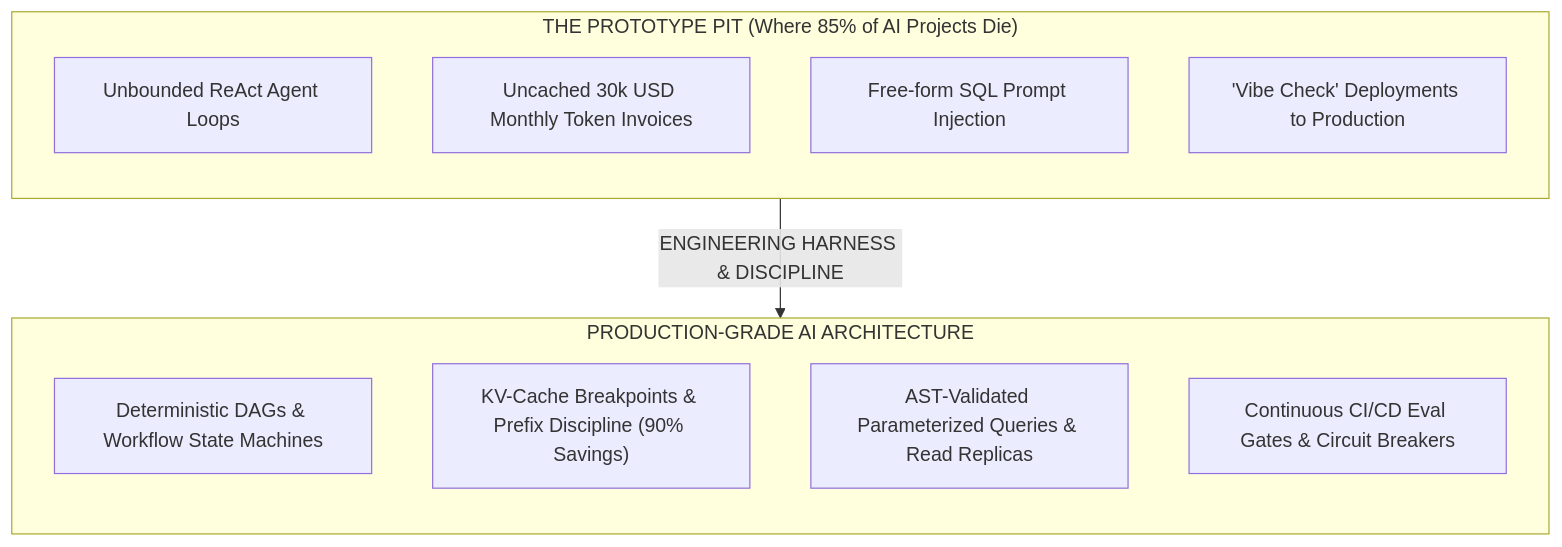
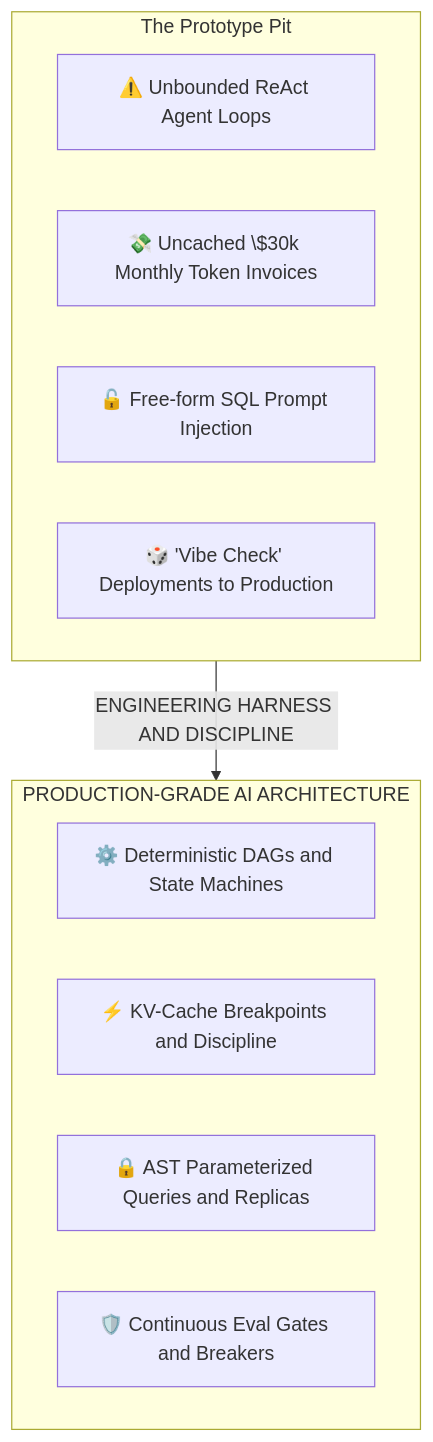
The first of 15 diagrams in resources/beginner-mistakes-cheatsheet.md (dip4k/senior-engineer-to-ai-engineer-roadmap), drawn with Mermaid before and after one commit. The commit also changed other lines of this file and 94 other files, not shown here.

Commit message:
refactor(curriculum): complete Phase 04 upgrade and enforce diagram renderer invariants

````diff
--- a/resources/beginner-mistakes-cheatsheet.md
+++ b/resources/beginner-mistakes-cheatsheet.md
@@ -7,20 +7,18 @@
 ```mermaid
 flowchart TD
-    subgraph PrototypePit["THE PROTOTYPE PIT (Where 85% of AI Projects Die)"]
-        direction TB
-        P1["Unbounded ReAct Agent Loops"]
-        P2["Uncached 30k USD Monthly Token Invoices"]
-        P3["Free-form SQL Prompt Injection"]
-        P4["'Vibe Check' Deployments to Production"]
+    subgraph PrototypePit["The Prototype Pit"]
+        P1["⚠️ Unbounded ReAct Agent Loops"]
+        P2["💸 Uncached \$30k Monthly Token Invoices"]
+        P3["🔓 Free-form SQL Prompt Injection"]
+        P4["🎲 'Vibe Check' Deployments to Production"]
     end
 
-    PrototypePit -- "ENGINEERING HARNESS & DISCIPLINE" --> ProdReady
+    PrototypePit -- "ENGINEERING HARNESS AND DISCIPLINE" --> ProdReady
 
     subgraph ProdReady["PRODUCTION-GRADE AI ARCHITECTURE"]
-        direction TB
-        R1["Deterministic DAGs & Workflow State Machines"]
-        R2["KV-Cache Breakpoints & Prefix Discipline (90% Savings)"]
-        R3["AST-Validated Parameterized Queries & Read Replicas"]
-        R4["Continuous CI/CD Eval Gates & Circuit Breakers"]
+        R1["⚙️ Deterministic DAGs and State Machines"]
+        R2["⚡ KV-Cache Breakpoints and Discipline"]
+        R3["🔒 AST Parameterized Queries and Replicas"]
+        R4["🛡️ Continuous Eval Gates and Breakers"]
     end
 ```
````
